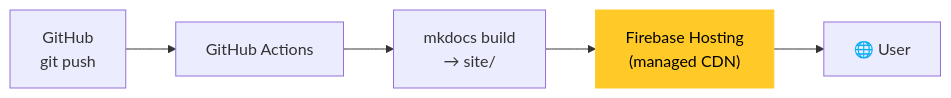
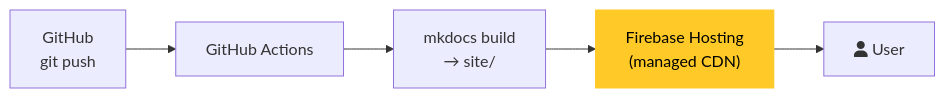
The second of 2 diagrams in docs/deployment/gcp.md (12shubham/mkdocs-demo), drawn with Mermaid before and after one commit. The commit also changed other lines of this file and 8 other files, not shown here.

Commit message:
refactor: replace all emoji with fa: icons in Mermaid diagrams

````diff
--- a/docs/deployment/gcp.md
+++ b/docs/deployment/gcp.md
@@ -30,9 +30,9 @@
     ```mermaid
     graph LR
         GH["GitHub\ngit push"] --> GA["GitHub Actions"]
         GA --> BUILD["mkdocs build\n→ site/"]
         BUILD --> FB["Firebase Hosting\n(managed CDN)"]
-        FB --> USER["🌐 User"]
+        FB --> USER["fa:fa-user User"]
 
         style FB fill:#FFCA28,stroke:#FFCA28,color:#000
     ```
````
